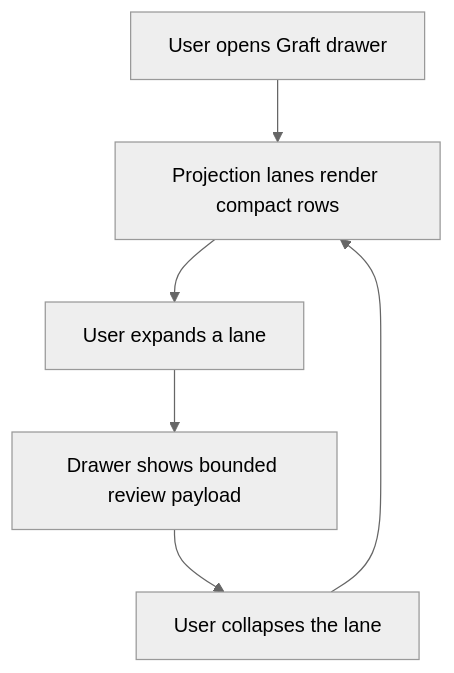
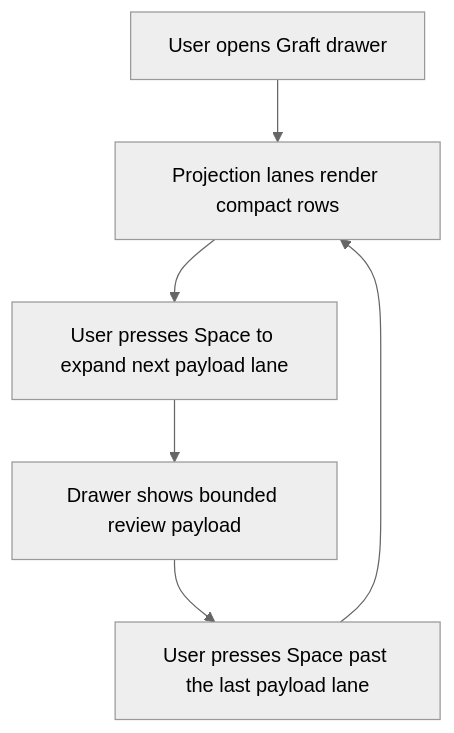
The diagram in docs/design/0153-generic-projection-review-payload-viewer.md (flyingrobots/jedit), drawn with Mermaid (neutral theme) before and after one commit. The commit also changed other lines of this file and 8 other files, not shown here.

````diff
--- a/docs/design/0153-generic-projection-review-payload-viewer.md
+++ b/docs/design/0153-generic-projection-review-payload-viewer.md
@@ -107,8 +108,8 @@
 ```mermaid
 flowchart TD
   Start[User opens Graft drawer] --> Compact[Projection lanes render compact rows]
-  Compact --> Expand[User expands a lane]
+  Compact --> Expand[User presses Space to expand next payload lane]
   Expand --> Payload[Drawer shows bounded review payload]
-  Payload --> Collapse[User collapses the lane]
+  Payload --> Collapse[User presses Space past the last payload lane]
   Collapse --> Compact
 ```
````
